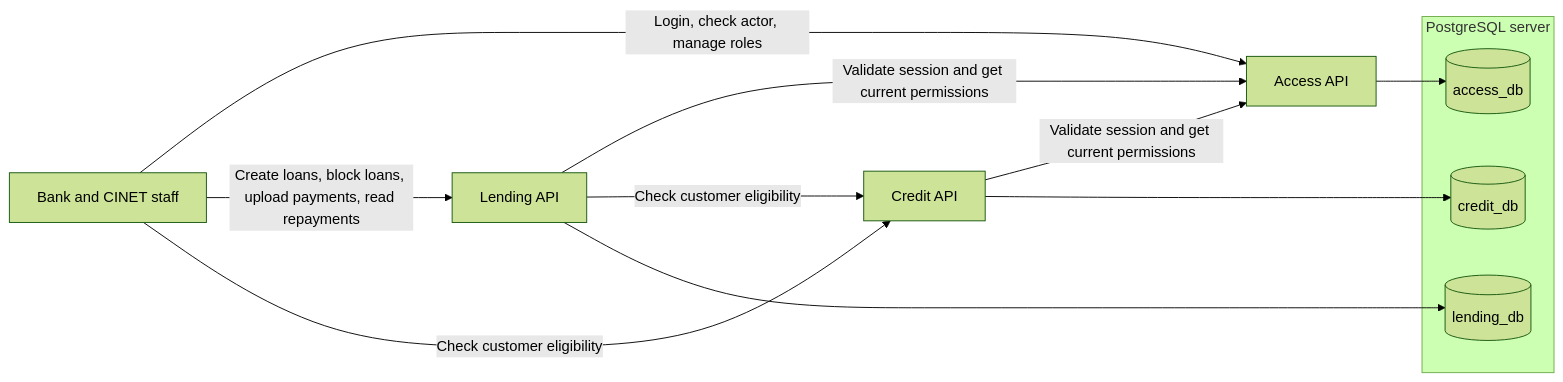
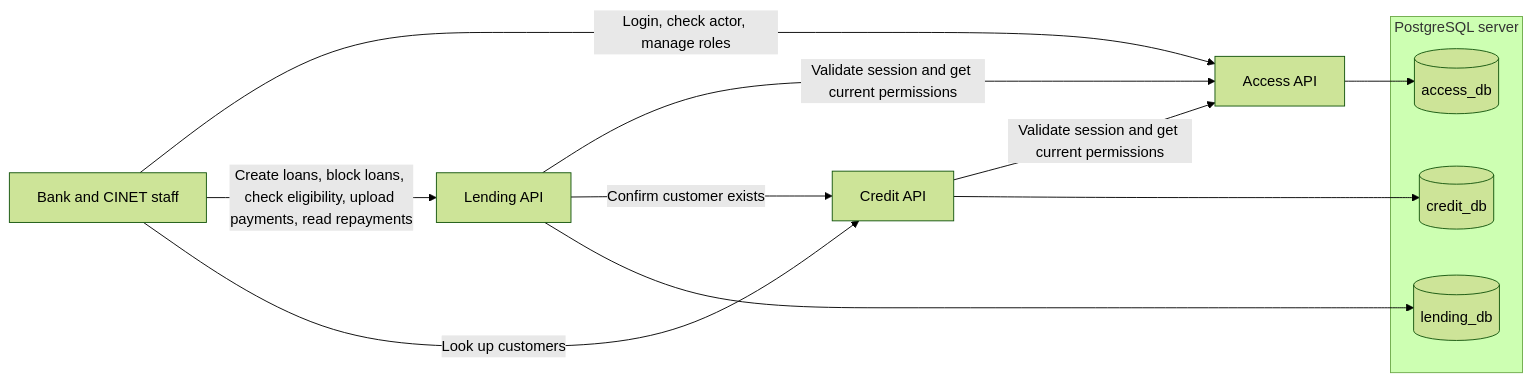
The diagram in docs/architecture.md (aalhendi/peaceful-urchin), drawn with Mermaid (forest theme) before and after one commit. The commit also changed other lines of this file and 22 other files, not shown here.

First line of the commit message:
refactor: consolidate loan eligibility under Lending, remove redundant Credit logic

````diff
--- a/docs/architecture.md
+++ b/docs/architecture.md
@@ -5,20 +5,20 @@
 ```mermaid
 flowchart LR
     staff["Bank and CINET staff"] -->|Login, check actor, manage roles| access["Access API"]
-    staff -->|Create loans, block loans, upload payments, read repayments| lending["Lending API"]
-    staff -->|Check customer eligibility| credit["Credit API"]
+    staff -->|Create loans, block loans, check eligibility, upload payments, read repayments| lending["Lending API"]
+    staff -->|Look up customers| credit["Credit API"]
 
     lending -->|Validate session and get current permissions| access
     credit -->|Validate session and get current permissions| access
-    lending -->|Check customer eligibility| credit
+    lending -->|Confirm customer exists| credit
 
     subgraph postgres["PostgreSQL server"]
         accessDb[(access_db)]
         lendingDb[(lending_db)]
         creditDb[(credit_db)]
     end
 
     access --> accessDb
     lending --> lendingDb
     credit --> creditDb
 ```
````
